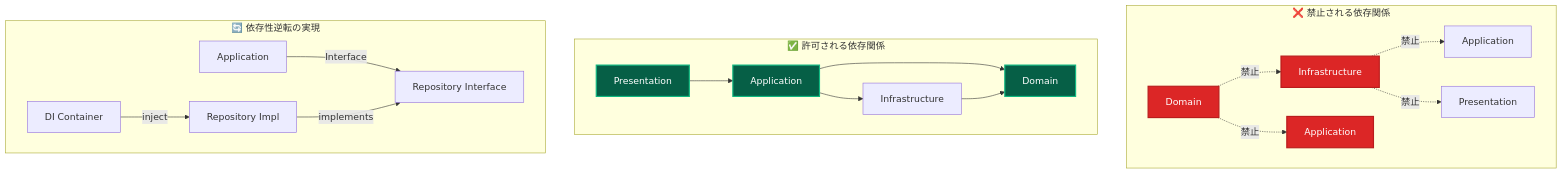
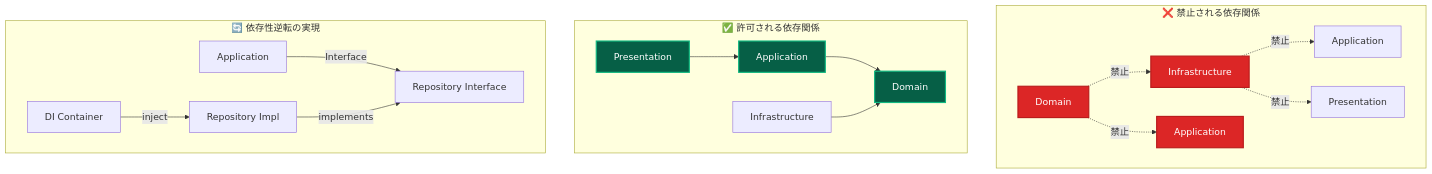
One commit to derushio/d-next-ddd-example changed the third of 15 diagrams in _DOCS/architecture/principles.md. Above: the diagram before and after it, drawn with Mermaid. The commit also changed other lines of this file and 102 other files, not shown here.

````diff
--- a/_DOCS/architecture/principles.md
+++ b/_DOCS/architecture/principles.md
@@ -77,29 +77,28 @@
 ```mermaid
 graph TB
     subgraph "❌ 禁止される依存関係"
         D1[Domain] -.->|禁止| I1[Infrastructure]
         D1 -.->|禁止| A1[Application]
         I1 -.->|禁止| A2[Application]
         I1 -.->|禁止| P1[Presentation]
     end
 
     subgraph "✅ 許可される依存関係"
         P2[Presentation] --> A3[Application]
         A3 --> D2[Domain]
-        A3 --> I2[Infrastructure]
-        I2 --> D2
+        I2[Infrastructure] --> D2[Domain]
     end
 
     subgraph "🔄 依存性逆転の実現"
         APP[Application] -->|Interface| IFACE[Repository Interface]
         IMPL[Repository Impl] -->|implements| IFACE
         DI[DI Container] -->|inject| IMPL
     end
 
     style D1 fill:#dc2626,stroke:#b91c1c,stroke-width:2px,color:#ffffff
     style I1 fill:#dc2626,stroke:#b91c1c,stroke-width:2px,color:#ffffff
     style A1 fill:#dc2626,stroke:#b91c1c,stroke-width:2px,color:#ffffff
     style P2 fill:#065f46,stroke:#10b981,stroke-width:2px,color:#ffffff
     style A3 fill:#065f46,stroke:#10b981,stroke-width:2px,color:#ffffff
     style D2 fill:#065f46,stroke:#10b981,stroke-width:2px,color:#ffffff
 ```
````
